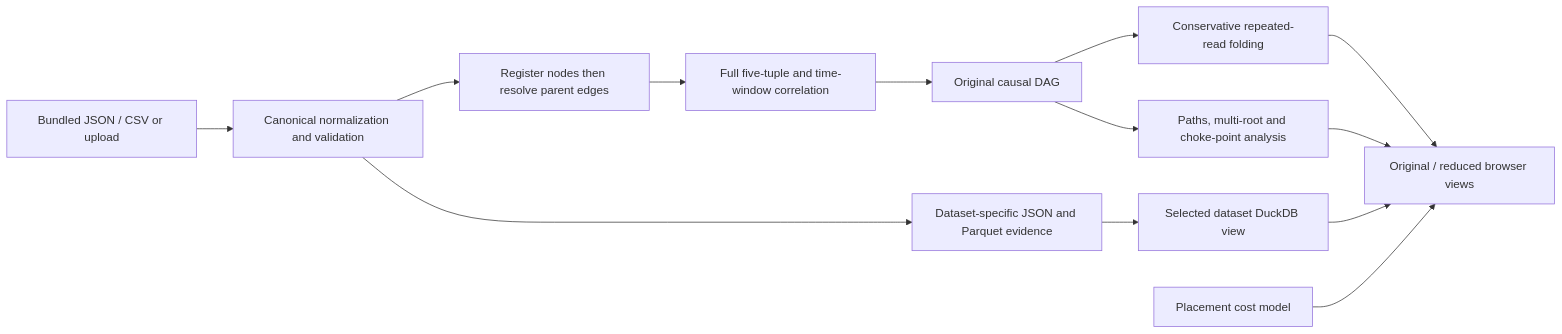
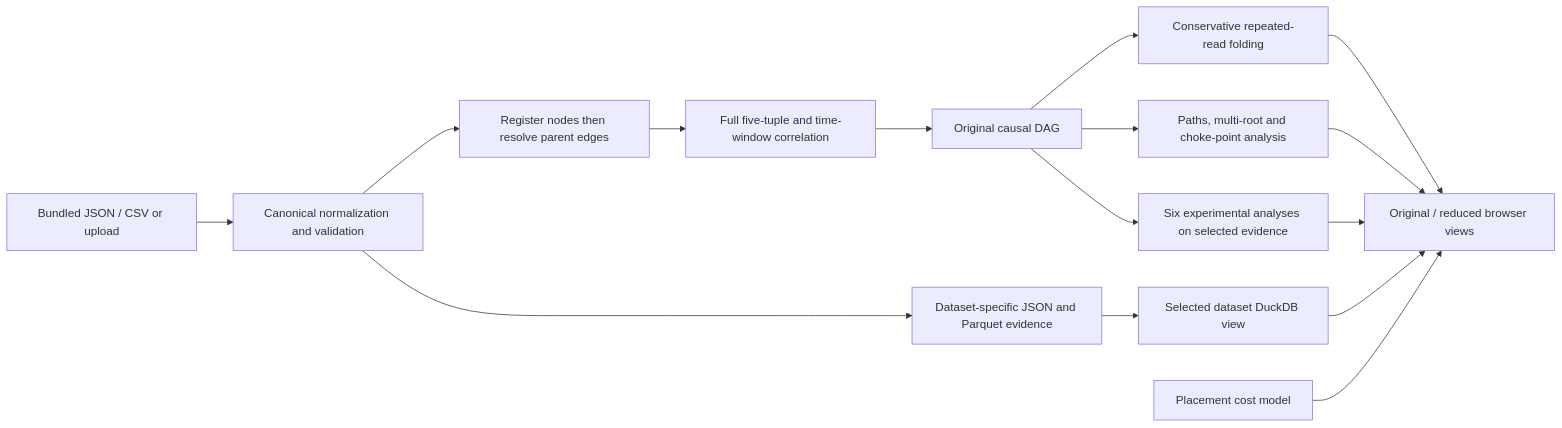
Before and after one commit to NAVEEN4516/cloud-m7-: the first of 2 diagrams in docs/architecture.md, drawn with Mermaid. The commit also changed other lines of this file and 21 other files, not shown here.

First line of the commit message:
feat: integrate and validate six advanced experimental tracks

````diff
--- a/docs/architecture.md
+++ b/docs/architecture.md
@@ -5,15 +5,17 @@
 ```mermaid
 flowchart LR
     F[Bundled JSON / CSV or upload] --> N[Canonical normalization and validation]
     N --> G[Register nodes then resolve parent edges]
     G --> X[Full five-tuple and time-window correlation]
     X --> O[Original causal DAG]
     O --> R[Conservative repeated-read folding]
     O --> A[Paths, multi-root and choke-point analysis]
+    O --> E[Six experimental analyses on selected evidence]
     R --> V[Original / reduced browser views]
     A --> V
+    E --> V
     N --> P[Dataset-specific JSON and Parquet evidence]
     P --> Q[Selected dataset DuckDB view]
     Q --> V
     M[Placement cost model] --> V
 ```
````
